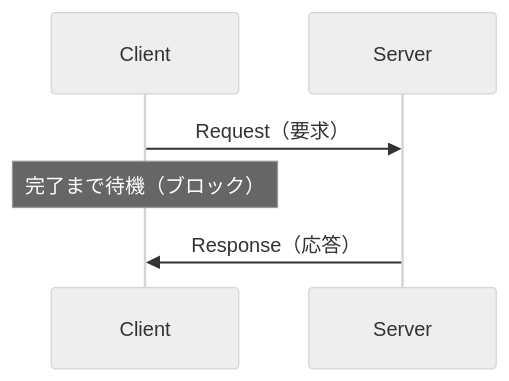
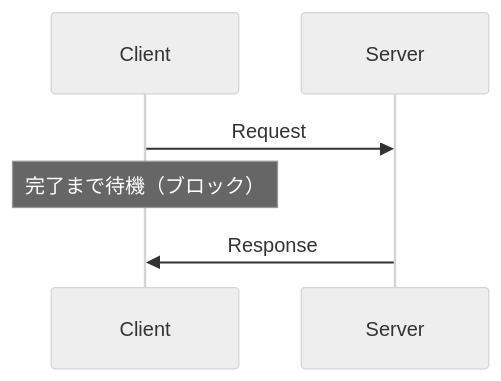
One commit to Harlequinade1123/ros1-tutorials changed the third of 3 diagrams in docs/05_service.md. Above: the diagram before and after it, drawn with Mermaid (neutral theme). The commit also changed other lines of this file and 1 other file, not shown here.

Commit message:
docs: add comparison diagrams and move sequenceDiagrams into details blocks in ch.5-6

````diff
--- a/docs/05_service.md
+++ b/docs/05_service.md
@@ -25,8 +41,8 @@
 ```mermaid
 sequenceDiagram
     participant C as Client
     participant S as Server
-    C->>S: Request（要求）
+    C->>S: Request
     Note over C: 完了まで待機（ブロック）
-    S->>C: Response（応答）
+    S->>C: Response
 ```
````
